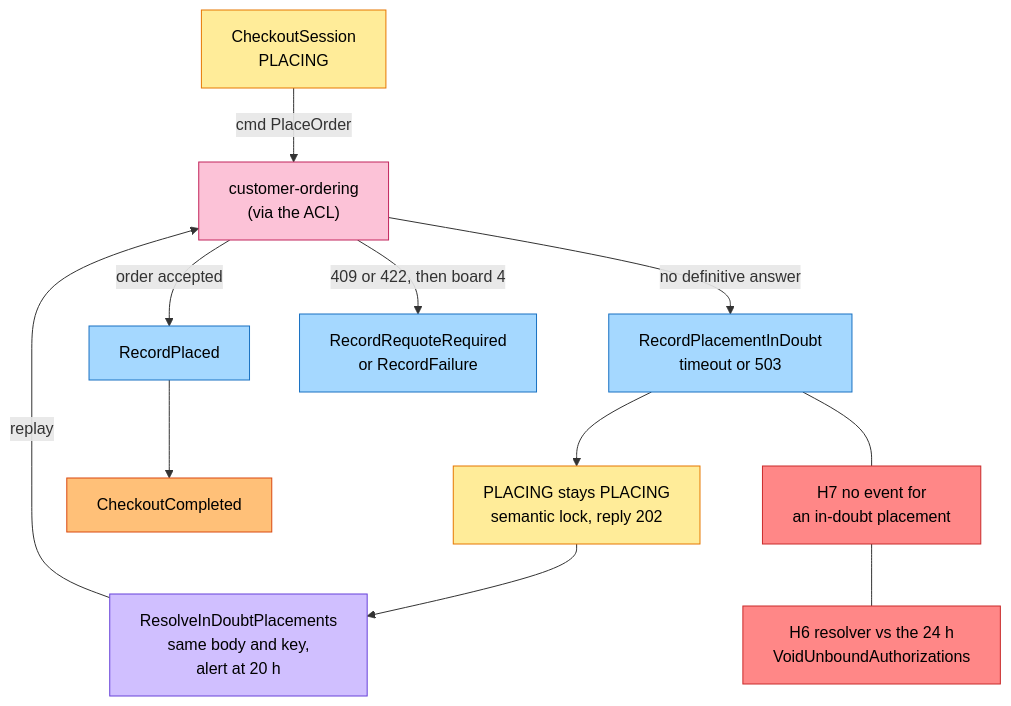
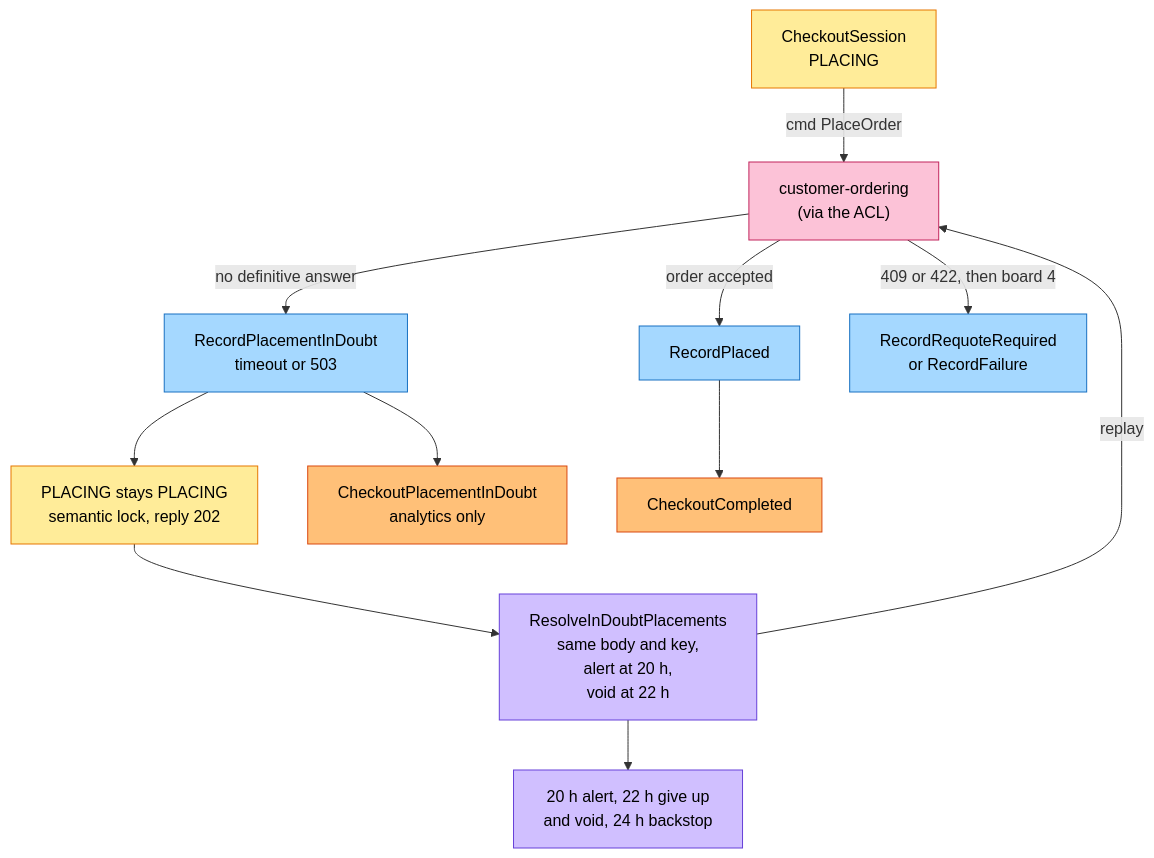
The fifth of 6 diagrams in storefront/docs/contexts/checkout/eventstorming.md (IQVO/warehouse-docs), drawn with Mermaid before and after one commit. The commit also changed other lines of this file and 11 other files, not shown here.

````diff
--- a/storefront/docs/contexts/checkout/eventstorming.md
+++ b/storefront/docs/contexts/checkout/eventstorming.md
@@ -211,32 +232,31 @@
 ```mermaid
 flowchart TB
     PL["CheckoutSession<br/>PLACING"]:::aggregate
     CO["customer-ordering<br/>(via the ACL)"]:::external
     C7["RecordPlacementInDoubt<br/>timeout or 503"]:::command
     LOCK["PLACING stays PLACING<br/>semantic lock, reply 202"]:::aggregate
-    P1["ResolveInDoubtPlacements<br/>same body and key,<br/>alert at 20 h"]:::policy
+    P1["ResolveInDoubtPlacements<br/>same body and key,<br/>alert at 20 h,<br/>void at 22 h"]:::policy
     R1["RecordPlaced"]:::command
     R2["RecordRequoteRequired<br/>or RecordFailure"]:::command
     E1["CheckoutCompleted"]:::event
-    H6["H6 resolver vs the 24 h<br/>VoidUnboundAuthorizations"]:::hotspot
-    H7["H7 no event for<br/>an in-doubt placement"]:::hotspot
+    E5["CheckoutPlacementInDoubt<br/>analytics only"]:::event
+    TL["20 h alert, 22 h give up<br/>and void, 24 h backstop"]:::policy
 
     PL -->|"cmd PlaceOrder"| CO
     CO -->|"no definitive answer"| C7
     C7 --> LOCK
     LOCK --> P1
     P1 -->|"replay"| CO
     CO -->|"order accepted"| R1
     CO -->|"409 or 422, then board 4"| R2
     R1 --> E1
-    C7 --- H7
-    H7 --- H6
+    C7 --> E5
+    P1 --> TL
 
     classDef actor fill:#fff59d,stroke:#b59f00,color:#000
     classDef command fill:#a5d8ff,stroke:#1971c2,color:#000
     classDef aggregate fill:#ffec99,stroke:#e67700,color:#000
     classDef event fill:#ffc078,stroke:#d9480f,color:#000
     classDef policy fill:#d0bfff,stroke:#6741d9,color:#000
     classDef external fill:#fcc2d7,stroke:#c2255c,color:#000
-    classDef hotspot fill:#ff8787,stroke:#c92a2a,color:#000
 ```
````
